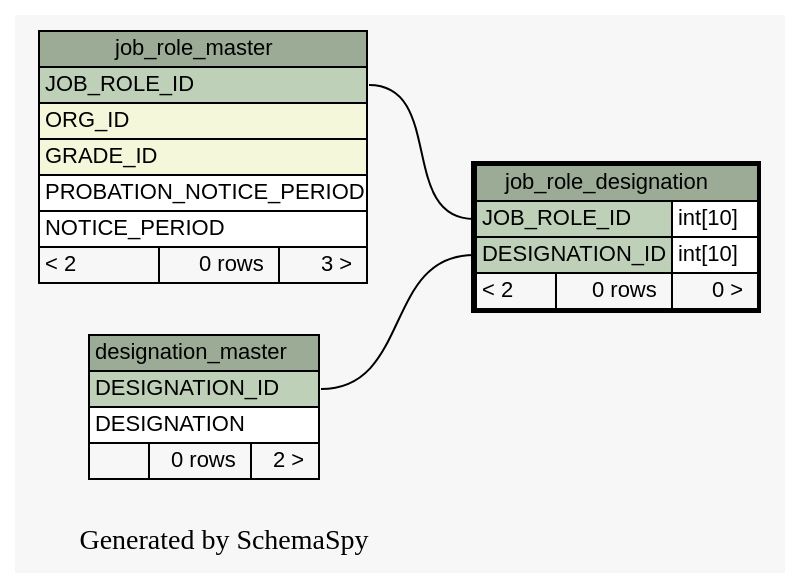
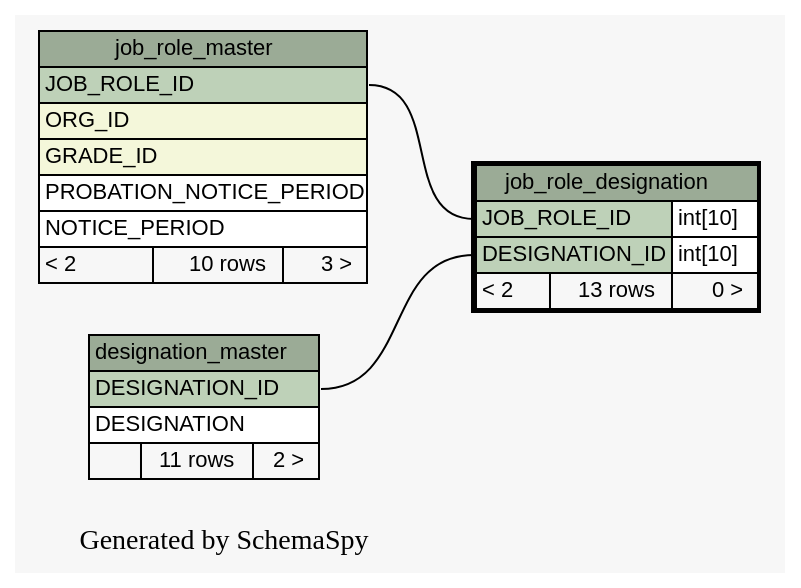
Before and after one commit to engineerscraft/hrms: the diagram in docs/database/schemaspy/graphs/job_role_designation.1degree.dot, drawn with Graphviz. The commit also changed 174 other files, not shown here.

```diff
--- a/docs/database/schemaspy/graphs/job_role_designation.1degree.dot
+++ b/docs/database/schemaspy/graphs/job_role_designation.1degree.dot
@@ -1,55 +1,55 @@
 // dot 2.38.0 on Windows 7 6.1
 digraph "oneDegreeRelationshipsGraph" {
   graph [
     rankdir="RL"
     bgcolor="#f7f7f7"
     label="\nGenerated by SchemaSpy"
     labeljust="l"
   ];
   node [
     fontname="Helvetica"
     fontsize="11"
     shape="plaintext"
   ];
   edge [
     arrowsize="0.8"
   ];
   "job_role_designation":"DESIGNATION_ID":w -> "designation_master":"DESIGNATION_ID":e [arrowtail=crowtee arrowhead=none];
   "job_role_designation":"JOB_ROLE_ID":w -> "job_role_master":"JOB_ROLE_ID":e [arrowtail=crowtee arrowhead=none];
   "designation_master" [
     label=<
     <TABLE BORDER="0" CELLBORDER="1" CELLSPACING="0" BGCOLOR="#ffffff">
       <TR><TD PORT="designation_master.heading" COLSPAN="3" BGCOLOR="#9bab96" ALIGN="CENTER">designation_master</TD></TR>
       <TR><TD PORT="DESIGNATION_ID" COLSPAN="3" BGCOLOR="#bed1b8" ALIGN="LEFT">DESIGNATION_ID</TD></TR>
       <TR><TD PORT="DESIGNATION" COLSPAN="3" ALIGN="LEFT">DESIGNATION</TD></TR>
-      <TR><TD ALIGN="LEFT" BGCOLOR="#f7f7f7">  </TD><TD ALIGN="RIGHT" BGCOLOR="#f7f7f7">0 rows</TD><TD ALIGN="RIGHT" BGCOLOR="#f7f7f7">2 &gt;</TD></TR>
+      <TR><TD ALIGN="LEFT" BGCOLOR="#f7f7f7">  </TD><TD ALIGN="RIGHT" BGCOLOR="#f7f7f7">11 rows</TD><TD ALIGN="RIGHT" BGCOLOR="#f7f7f7">2 &gt;</TD></TR>
     </TABLE>>
     URL="designation_master.html#graph"
     tooltip="designation_master"
   ];
   "job_role_designation" [
     label=<
     <TABLE BORDER="2" CELLBORDER="1" CELLSPACING="0" BGCOLOR="#ffffff">
       <TR><TD PORT="job_role_designation.heading" COLSPAN="3" BGCOLOR="#9bab96" ALIGN="CENTER">job_role_designation</TD></TR>
       <TR><TD PORT="JOB_ROLE_ID" COLSPAN="2" BGCOLOR="#bed1b8" ALIGN="LEFT">JOB_ROLE_ID</TD><TD PORT="JOB_ROLE_ID.type" ALIGN="LEFT">int[10]</TD></TR>
       <TR><TD PORT="DESIGNATION_ID" COLSPAN="2" BGCOLOR="#bed1b8" ALIGN="LEFT">DESIGNATION_ID</TD><TD PORT="DESIGNATION_ID.type" ALIGN="LEFT">int[10]</TD></TR>
-      <TR><TD ALIGN="LEFT" BGCOLOR="#f7f7f7">&lt; 2</TD><TD ALIGN="RIGHT" BGCOLOR="#f7f7f7">0 rows</TD><TD ALIGN="RIGHT" BGCOLOR="#f7f7f7">0 &gt;</TD></TR>
+      <TR><TD ALIGN="LEFT" BGCOLOR="#f7f7f7">&lt; 2</TD><TD ALIGN="RIGHT" BGCOLOR="#f7f7f7">13 rows</TD><TD ALIGN="RIGHT" BGCOLOR="#f7f7f7">0 &gt;</TD></TR>
     </TABLE>>
     URL="job_role_designation.html#"
     tooltip="job_role_designation"
   ];
   "job_role_master" [
     label=<
     <TABLE BORDER="0" CELLBORDER="1" CELLSPACING="0" BGCOLOR="#ffffff">
       <TR><TD PORT="job_role_master.heading" COLSPAN="3" BGCOLOR="#9bab96" ALIGN="CENTER">job_role_master</TD></TR>
       <TR><TD PORT="JOB_ROLE_ID" COLSPAN="3" BGCOLOR="#bed1b8" ALIGN="LEFT">JOB_ROLE_ID</TD></TR>
       <TR><TD PORT="ORG_ID" COLSPAN="3" BGCOLOR="#f4f7da" ALIGN="LEFT">ORG_ID</TD></TR>
       <TR><TD PORT="GRADE_ID" COLSPAN="3" BGCOLOR="#f4f7da" ALIGN="LEFT">GRADE_ID</TD></TR>
       <TR><TD PORT="PROBATION_NOTICE_PERIOD" COLSPAN="3" ALIGN="LEFT">PROBATION_NOTICE_PERIOD</TD></TR>
       <TR><TD PORT="NOTICE_PERIOD" COLSPAN="3" ALIGN="LEFT">NOTICE_PERIOD</TD></TR>
-      <TR><TD ALIGN="LEFT" BGCOLOR="#f7f7f7">&lt; 2</TD><TD ALIGN="RIGHT" BGCOLOR="#f7f7f7">0 rows</TD><TD ALIGN="RIGHT" BGCOLOR="#f7f7f7">3 &gt;</TD></TR>
+      <TR><TD ALIGN="LEFT" BGCOLOR="#f7f7f7">&lt; 2</TD><TD ALIGN="RIGHT" BGCOLOR="#f7f7f7">10 rows</TD><TD ALIGN="RIGHT" BGCOLOR="#f7f7f7">3 &gt;</TD></TR>
     </TABLE>>
     URL="job_role_master.html#graph"
     tooltip="job_role_master"
   ];
 }
```
